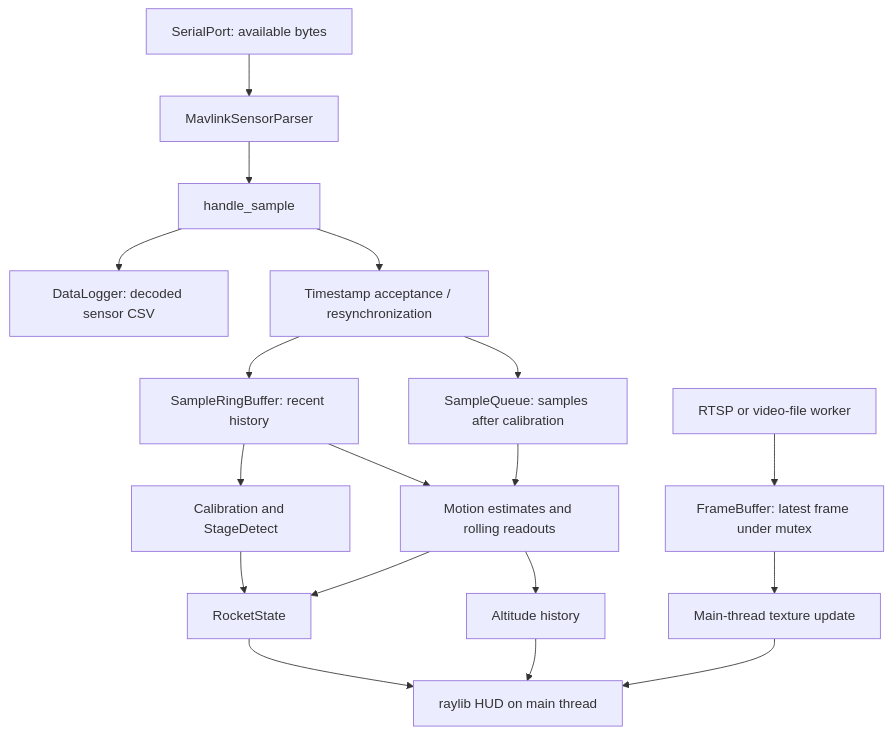
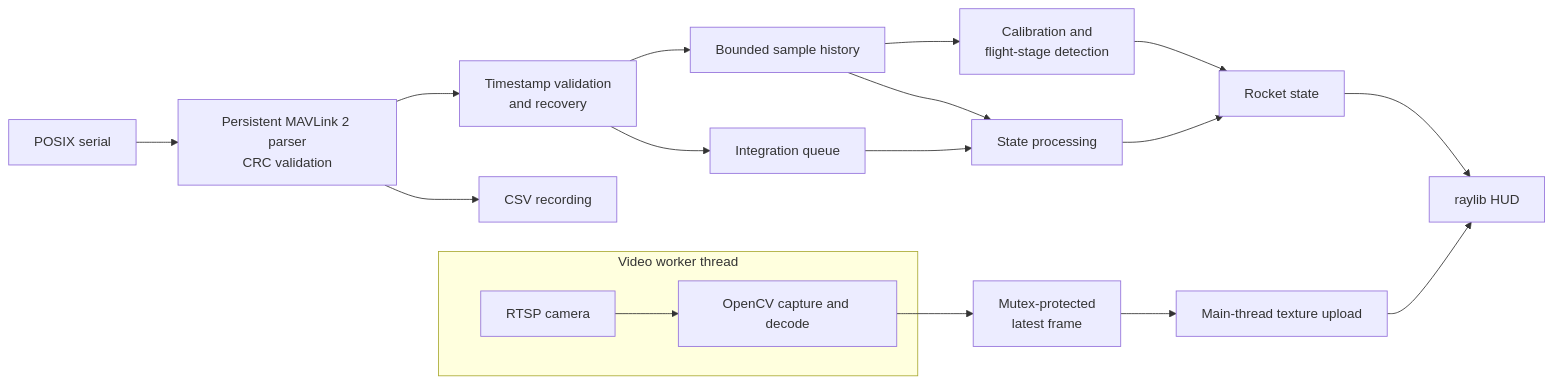
Before and after one commit to legomyleg/BYU_Telemetry_HUD: the diagram in README.md, drawn with Mermaid. The commit also changed other lines of this file, not shown here.

````diff
--- a/README.md
+++ b/README.md
@@ -116,20 +82,21 @@
 ```mermaid
-flowchart TD
-    Serial[SerialPort: available bytes] --> Parser[MavlinkSensorParser]
-    Parser --> Handle[handle_sample]
-    Handle --> Log[DataLogger: decoded sensor CSV]
-    Handle --> Check[Timestamp acceptance / resynchronization]
-    Check --> Ring[SampleRingBuffer: recent history]
-    Check --> Queue[SampleQueue: samples after calibration]
-    Ring --> Stage[Calibration and StageDetect]
-    Stage --> State[RocketState]
-    Ring --> Estimates[Motion estimates and rolling readouts]
-    Queue --> Estimates
-    Estimates --> State
-    State --> Draw[raylib HUD on main thread]
-    Estimates --> Graph[Altitude history]
-    Graph --> Draw
-    Camera[RTSP or video-file worker] --> Frame[FrameBuffer: latest frame under mutex]
-    Frame --> Texture[Main-thread texture update]
-    Texture --> Draw
+flowchart LR
+    Serial["POSIX serial"] --> Parser["Persistent MAVLink 2 parser<br/>CRC validation"]
+    Parser --> Log["CSV recording"]
+    Parser --> Time["Timestamp validation<br/>and recovery"]
+    Time --> History["Bounded sample history"]
+    Time --> Queue["Integration queue"]
+    History --> Calibration["Calibration and<br/>flight-stage detection"]
+    History --> Processing["State processing"]
+    Queue --> Processing
+    Calibration --> State["Rocket state"]
+    Processing --> State
+    State --> HUD["raylib HUD"]
+
+    subgraph Worker["Video worker thread"]
+        Camera["RTSP camera"] --> Decode["OpenCV capture and decode"]
+    end
+    Decode --> Frame["Mutex-protected<br/>latest frame"]
+    Frame --> Texture["Main-thread texture upload"]
+    Texture --> HUD
 ```
````
